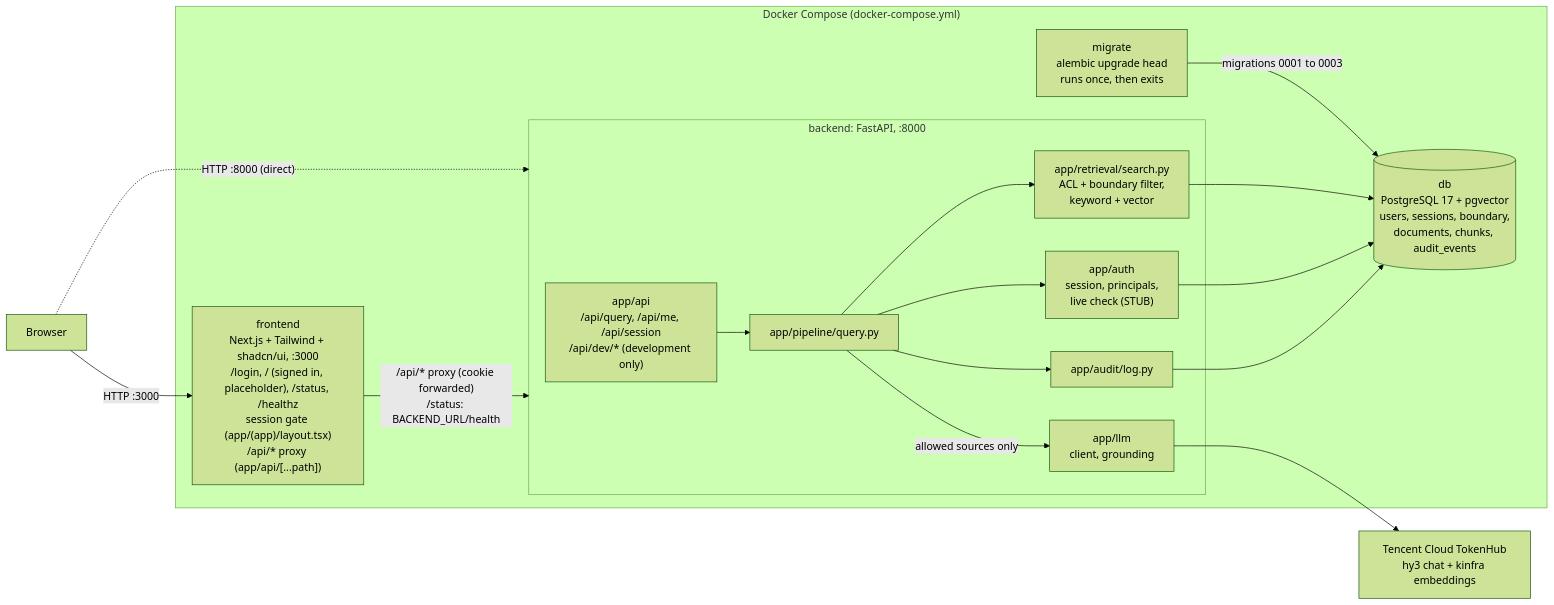
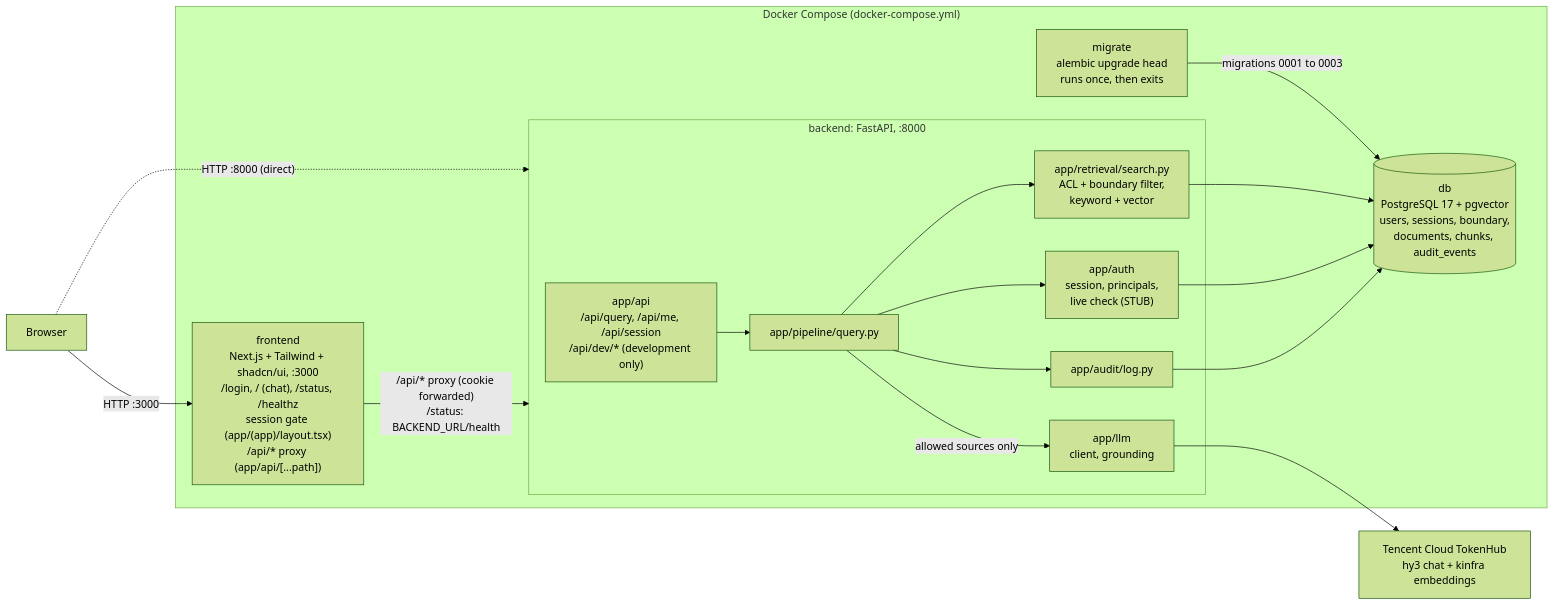
Before and after one commit to gabriel-wan/tencent-hackathon-fintech: the diagram in docs/architecture/CURRENT.md, drawn with Mermaid (forest theme). The commit also changed 1 other file, not shown here.

Commit message:
docs(frontend): document chat states and the demo script
The state table, the chat rules (plain-text answers, http(s)-only
links, generic examples, one question at a time), and a per-persona
manual test script against the seed data, plus which states are
checked in mock mode.

````diff
--- a/docs/architecture/CURRENT.md
+++ b/docs/architecture/CURRENT.md
@@ -8,33 +8,33 @@
 ```mermaid
 flowchart LR
     USER["Browser"]
     TH["Tencent Cloud TokenHub<br/>hy3 chat + kinfra embeddings"]
 
     subgraph COMPOSE["Docker Compose (docker-compose.yml)"]
-        FE["frontend<br/>Next.js + Tailwind + shadcn/ui, :3000<br/>/login, / (signed in, placeholder), /status, /healthz<br/>session gate (app/(app)/layout.tsx)<br/>/api/* proxy (app/api/[...path])"]
+        FE["frontend<br/>Next.js + Tailwind + shadcn/ui, :3000<br/>/login, / (chat), /status, /healthz<br/>session gate (app/(app)/layout.tsx)<br/>/api/* proxy (app/api/[...path])"]
         subgraph BE["backend: FastAPI, :8000"]
             API["app/api<br/>/api/query, /api/me, /api/session<br/>/api/dev/* (development only)"]
             PIPE["app/pipeline/query.py"]
             AUTH["app/auth<br/>session, principals,<br/>live check (STUB)"]
             SEARCH["app/retrieval/search.py<br/>ACL + boundary filter,<br/>keyword + vector"]
             LLMC["app/llm<br/>client, grounding"]
             AUD["app/audit/log.py"]
         end
         MIG["migrate<br/>alembic upgrade head<br/>runs once, then exits"]
         DB[("db<br/>PostgreSQL 17 + pgvector<br/>users, sessions, boundary,<br/>documents, chunks, audit_events")]
     end
 
     MIG -->|"migrations 0001 to 0003"| DB
     USER -->|"HTTP :3000"| FE
     USER -.->|"HTTP :8000 (direct)"| BE
     FE -->|"/api/* proxy (cookie forwarded)<br/>/status: BACKEND_URL/health"| BE
     API --> PIPE
     PIPE --> AUTH
     PIPE --> SEARCH
     PIPE -->|"allowed sources only"| LLMC
     PIPE --> AUD
     SEARCH --> DB
     AUTH --> DB
     AUD --> DB
     LLMC --> TH
 ```
````
